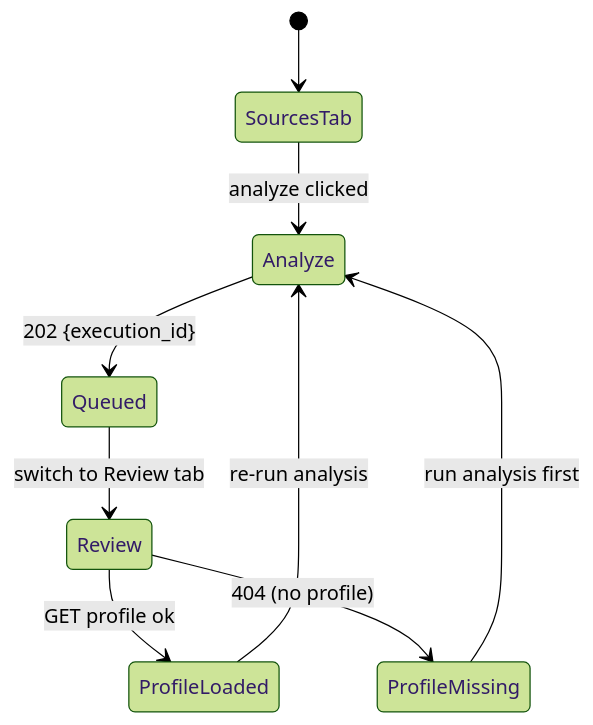
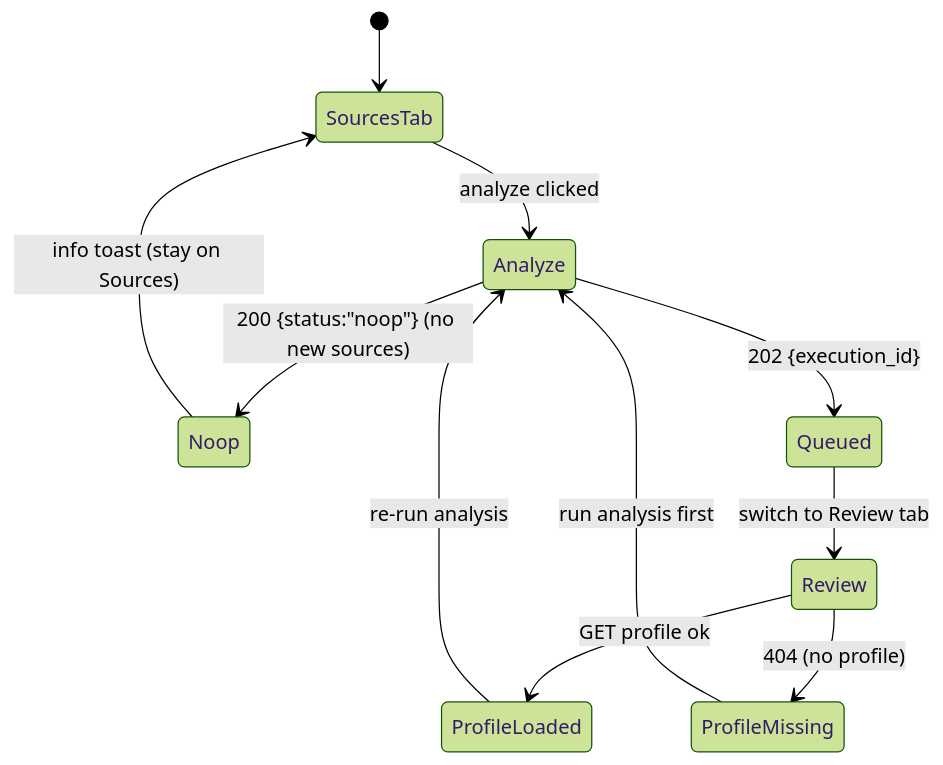
Before and after one commit to hassan-mohagheghian/career-os: the third of 3 diagrams in docs/ux/features/candidate/profile-import.md, drawn with Mermaid (forest theme). The commit also changed other lines of this file and 12 other files, not shown here.

First line of the commit message:
feat(candidates): add analyze no-op feedback and source status sync

````diff
--- a/docs/ux/features/candidate/profile-import.md
+++ b/docs/ux/features/candidate/profile-import.md
@@ -150,11 +158,13 @@
 ```mermaid
 stateDiagram-v2
     [*] --> SourcesTab
     SourcesTab --> Analyze: analyze clicked
+    Analyze --> Noop: 200 {status:"noop"} (no new sources)
     Analyze --> Queued: 202 {execution_id}
+    Noop --> SourcesTab: info toast (stay on Sources)
     Queued --> Review: switch to Review tab
     Review --> ProfileLoaded: GET profile ok
     Review --> ProfileMissing: 404 (no profile)
     ProfileLoaded --> Analyze: re-run analysis
     ProfileMissing --> Analyze: run analysis first
 ```
````
